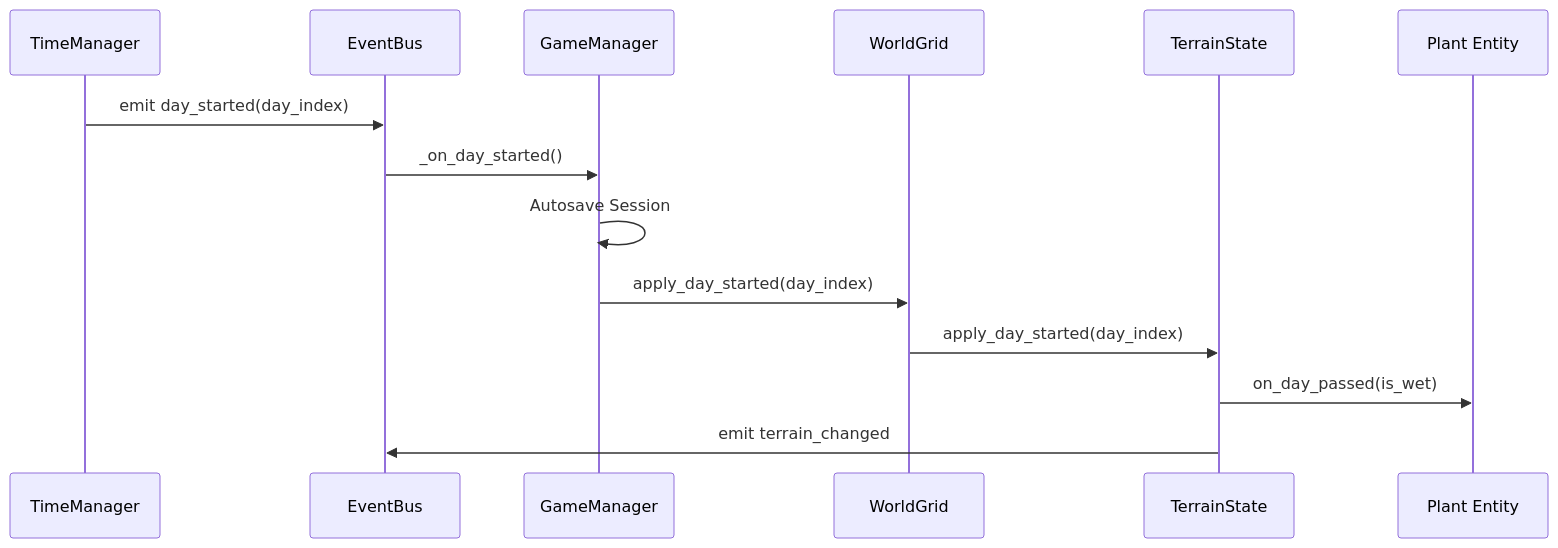
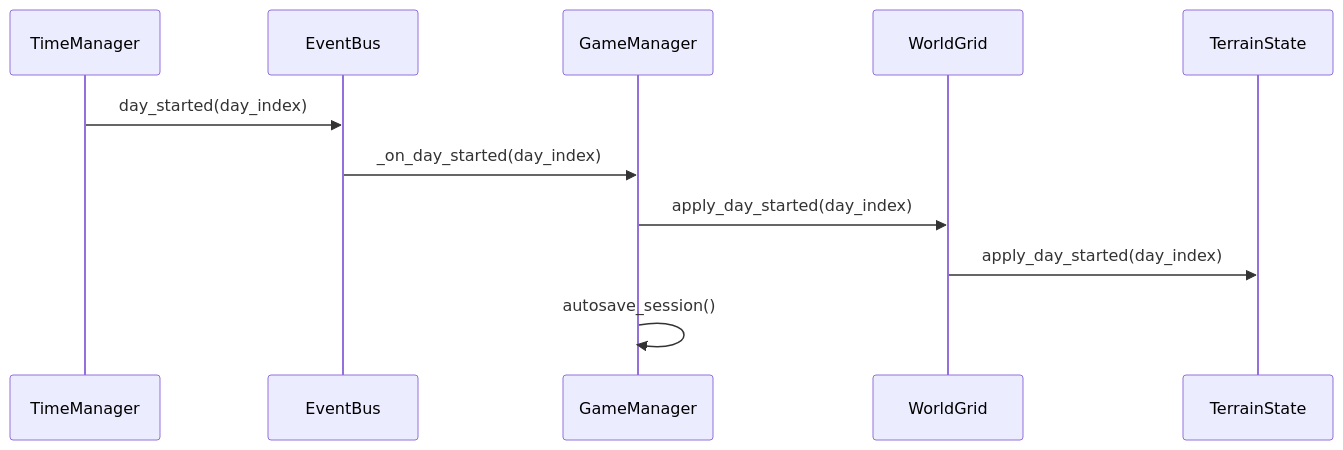
The second of 2 diagrams in docs/architecture.md (felipe-vrgs/farming), drawn with Mermaid before and after one commit. The commit also changed other lines of this file and 7 other files, not shown here.

````diff
--- a/docs/architecture.md
+++ b/docs/architecture.md
@@ -53,18 +79,14 @@
 ```mermaid
 sequenceDiagram
-    participant TM as TimeManager
-    participant EB as EventBus
-    participant GM as GameManager
-    participant WG as WorldGrid
-    participant TS as TerrainState
-    participant P as Plant Entity
+  participant TM as TimeManager
+  participant EB as EventBus
+  participant GM as GameManager
+  participant WG as WorldGrid
+  participant TS as TerrainState
 
-    TM->>EB: emit day_started(day_index)
-    EB->>GM: _on_day_started()
-    GM->>GM: Autosave Session
-    
-    GM->>WG: apply_day_started(day_index)
-    WG->>TS: apply_day_started(day_index)
-    TS->>P: on_day_passed(is_wet)
-    TS->>EB: emit terrain_changed
+  TM->>EB: day_started(day_index)
+  EB->>GM: _on_day_started(day_index)
+  GM->>WG: apply_day_started(day_index)
+  WG->>TS: apply_day_started(day_index)
+  GM->>GM: autosave_session()
 ```
````
